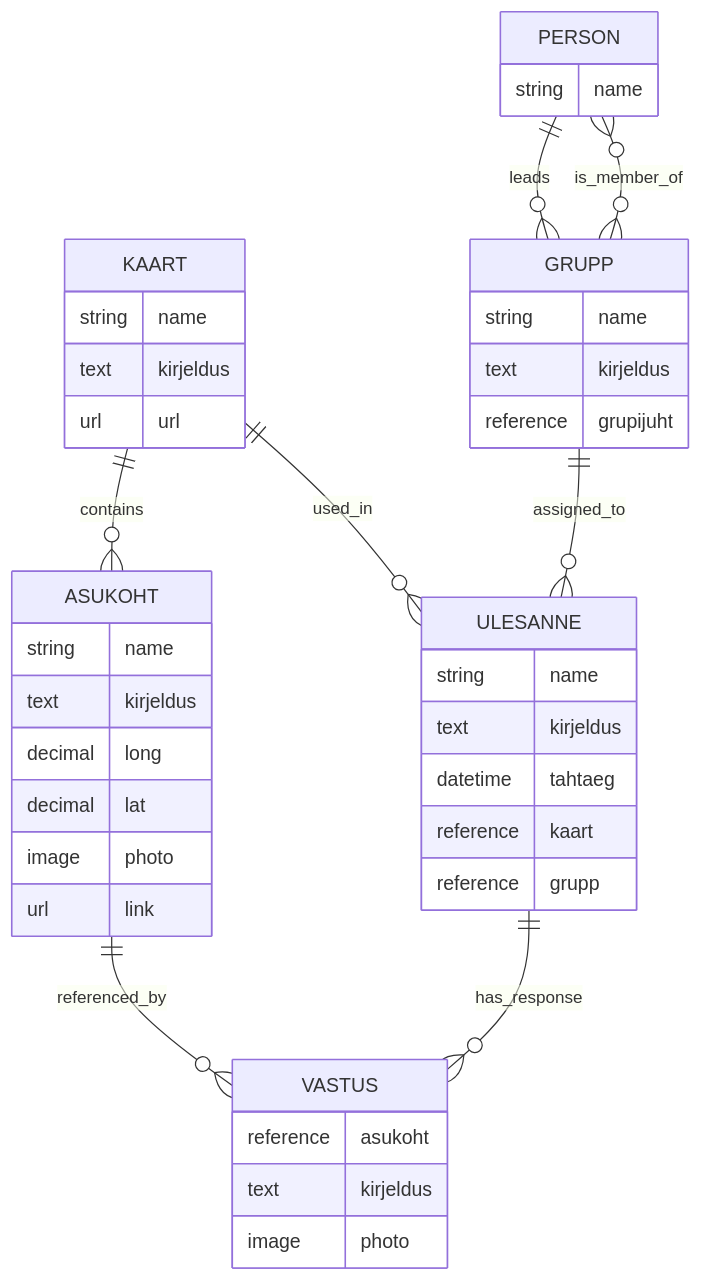
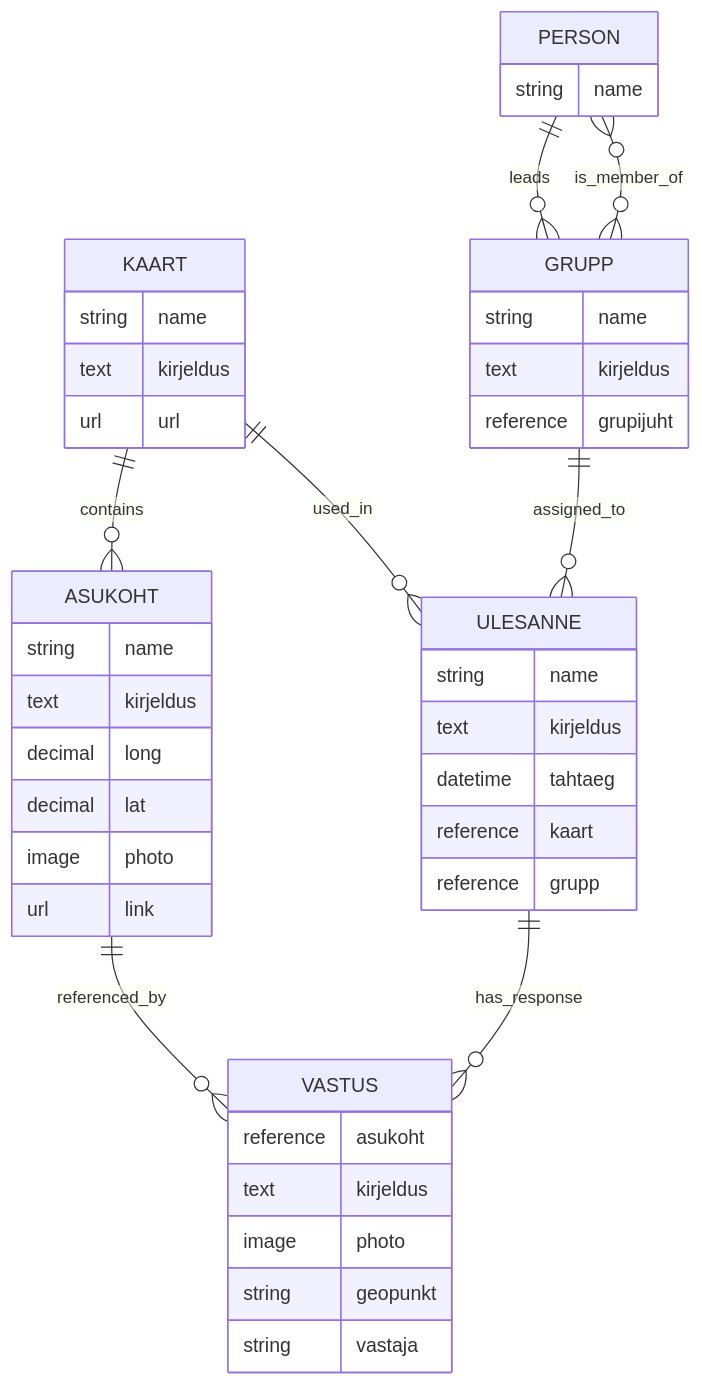
The diagram in docs/diagrams/entity-relationship-diagram.md (mitselek/esmuseum-map-app), drawn with Mermaid before and after one commit. The commit also changed other lines of this file and 3 other files, not shown here.

````diff
--- a/docs/diagrams/entity-relationship-diagram.md
+++ b/docs/diagrams/entity-relationship-diagram.md
@@ -5,49 +5,51 @@
 ```mermaid
 erDiagram
     KAART {
         string name
         text kirjeldus
         url url
     }
     
     ASUKOHT {
         string name
         text kirjeldus
         decimal long
         decimal lat
         image photo
         url link
     }
     
     GRUPP {
         string name
         text kirjeldus
         reference grupijuht
     }
     
     ULESANNE {
         string name
         text kirjeldus
         datetime tahtaeg
         reference kaart
         reference grupp
     }
     
     VASTUS {
         reference asukoht
         text kirjeldus
         image photo
+        string geopunkt
+        string vastaja
     }
     
     PERSON {
         string name
     }
 
     KAART ||--o{ ASUKOHT : "contains"
     KAART ||--o{ ULESANNE : "used_in"
     GRUPP ||--o{ ULESANNE : "assigned_to"
     PERSON ||--o{ GRUPP : "leads"
     PERSON }o--o{ GRUPP : "is_member_of"
     ULESANNE ||--o{ VASTUS : "has_response"
     ASUKOHT ||--o{ VASTUS : "referenced_by"
 ```
````
